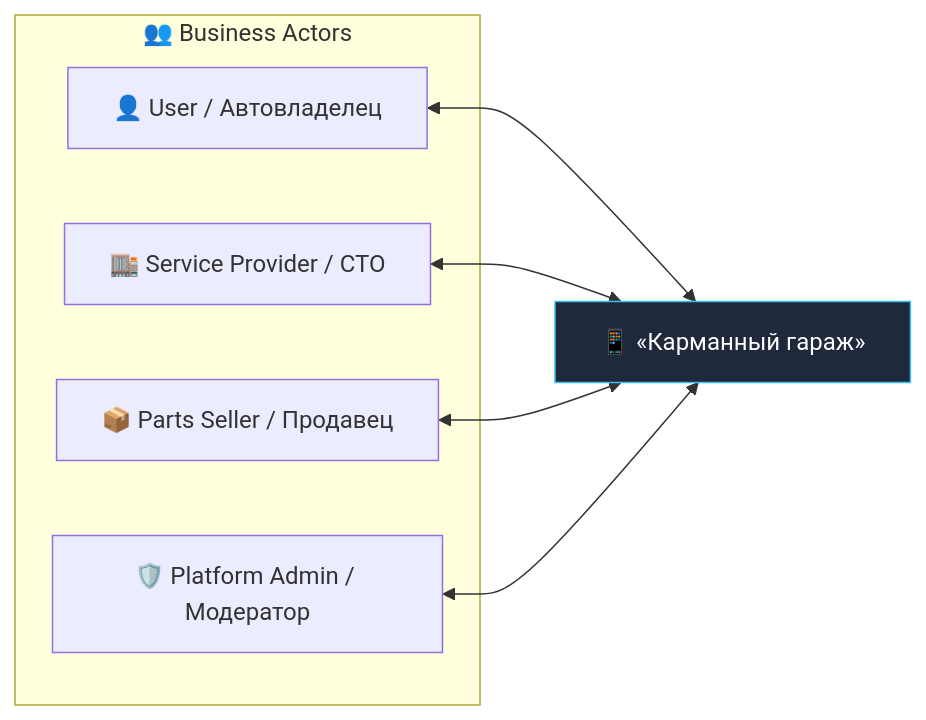
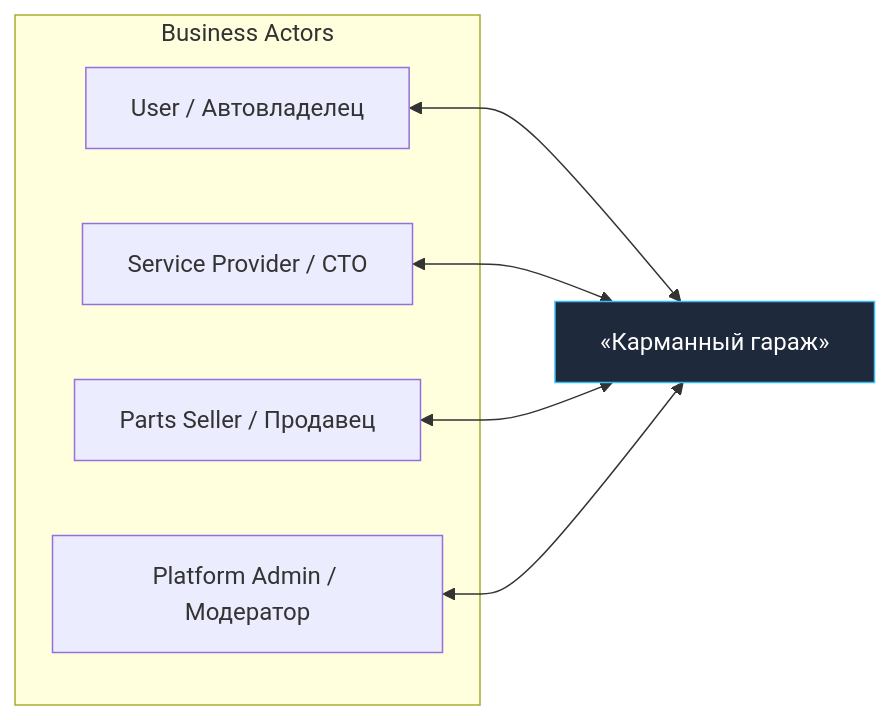
One commit to Yn1ro/pocket-garage changed the fourth of 6 diagrams in docs/ru/requirements/business-requirements.md. Above: the diagram before and after it, drawn with Mermaid. The commit also changed other lines of this file, not shown here.

````diff
--- a/docs/ru/requirements/business-requirements.md
+++ b/docs/ru/requirements/business-requirements.md
@@ -106,17 +106,17 @@
 ```mermaid
 graph LR
-    subgraph Actors ["👥 Business Actors"]
-        U[👤 User / Автовладелец]
-        SP[🏬 Service Provider / СТО]
-        PS[📦 Parts Seller / Продавец]
-        PA[🛡️ Platform Admin / Модератор]
+    subgraph Actors [" Business Actors"]
+        U[ User / Автовладелец]
+        SP[ Service Provider / СТО]
+        PS[ Parts Seller / Продавец]
+        PA[ Platform Admin / Модератор]
     end
 
-    U <--> Platform[📱 «Карманный гараж»]
+    U <--> Platform[ «Карманный гараж»]
     SP <--> Platform
     PS <--> Platform
     PA <--> Platform
 
     style Platform fill:#1e293b,stroke:#38bdf8,color:#fff
 
 ```
````
